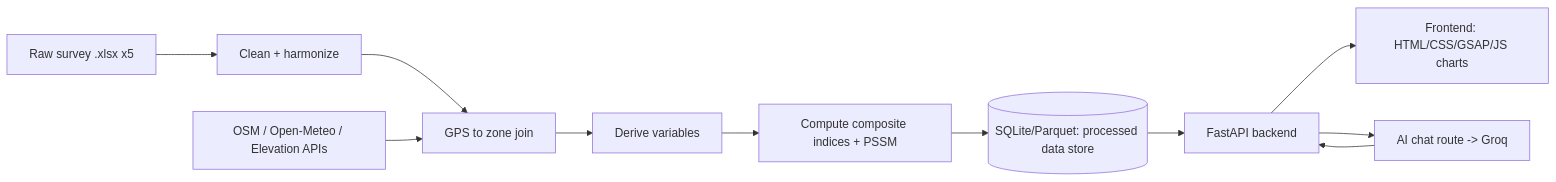
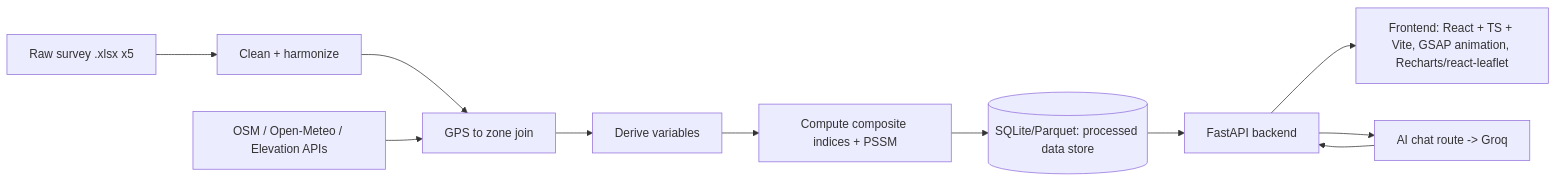
The diagram in workflow.md (Shreyit/dashboard_vulnarbility_tourism), drawn with Mermaid before and after one commit. The commit also changed other lines of this file and 50 other files, not shown here.

````diff
--- a/workflow.md
+++ b/workflow.md
@@ -9,13 +10,13 @@
 ```mermaid
 flowchart LR
     A[Raw survey .xlsx x5] --> B[Clean + harmonize]
     B --> C[GPS to zone join]
     D[OSM / Open-Meteo / Elevation APIs] --> C
     C --> E[Derive variables]
     E --> F[Compute composite indices + PSSM]
     F --> G[(SQLite/Parquet: processed data store)]
     G --> H[FastAPI backend]
-    H --> I[Frontend: HTML/CSS/GSAP/JS charts]
+    H --> I[Frontend: React + TS + Vite, GSAP animation, Recharts/react-leaflet]
     H --> J[AI chat route -> Groq]
     J --> H
 ```
````
